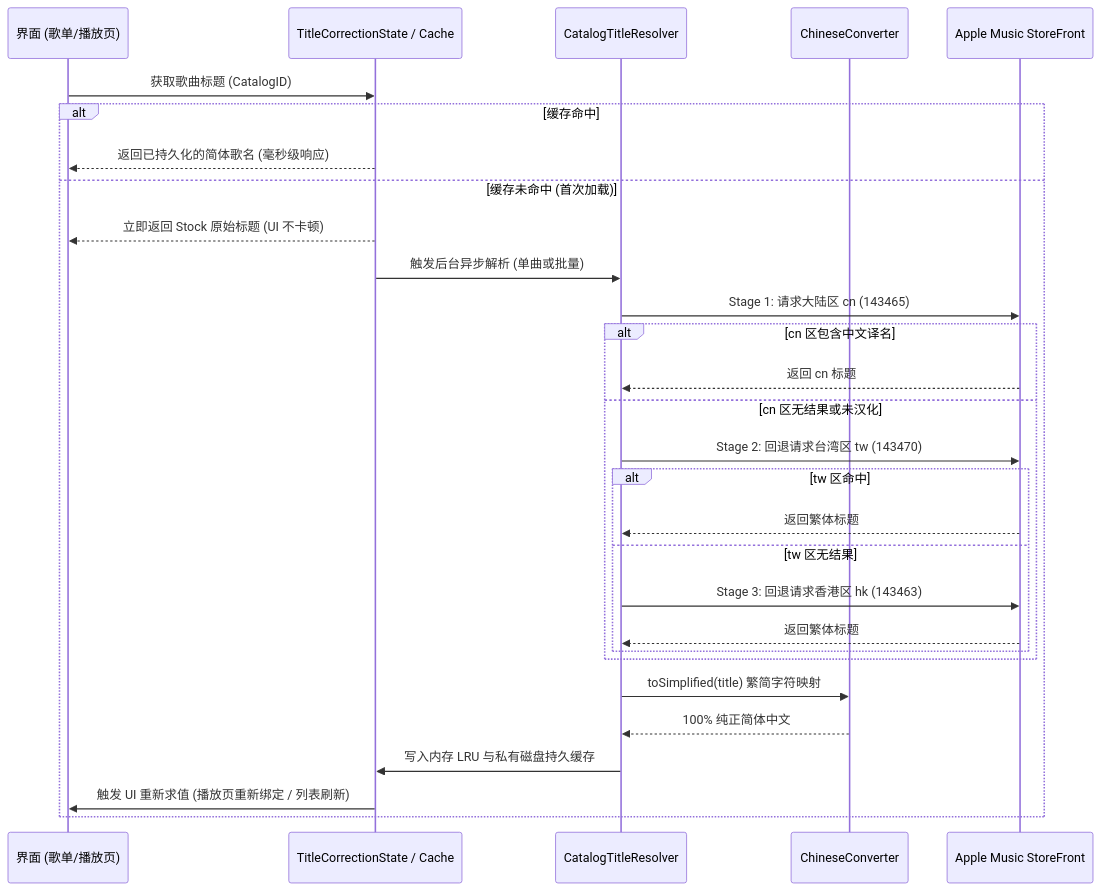
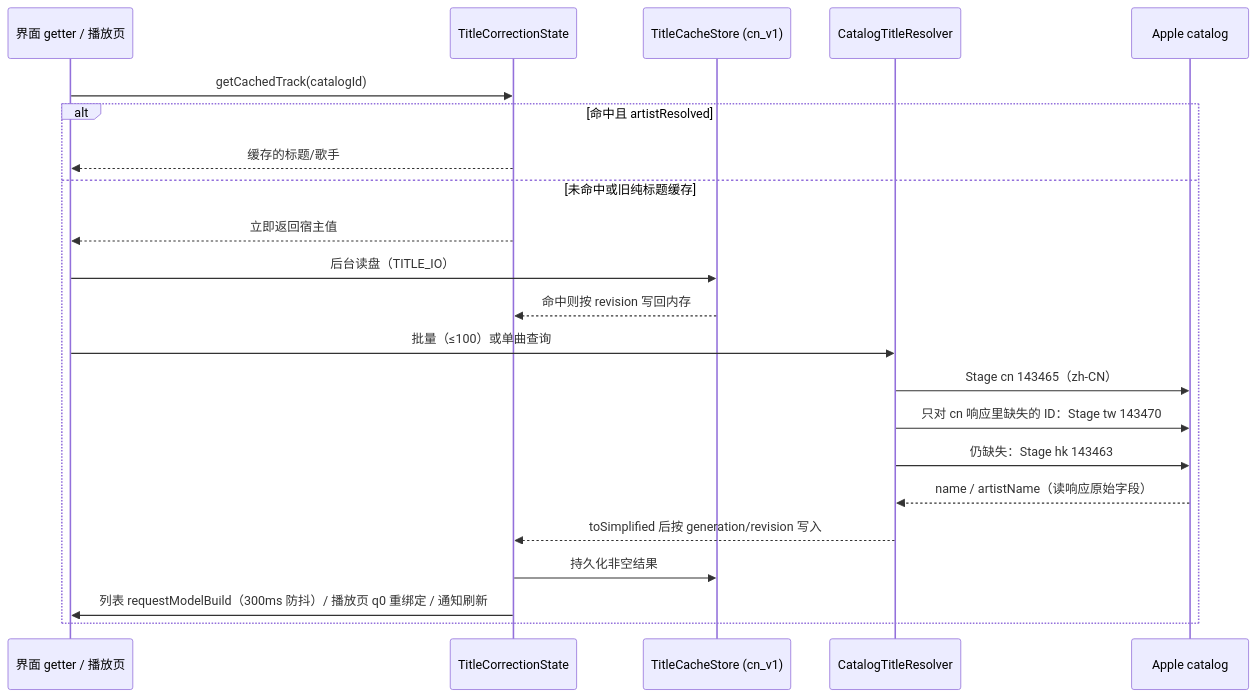
One commit to huang6668/apple-music-vivo-car-lyrics changed the second of 3 diagrams in docs/FUTURE_APK_UPGRADE_GUIDE.zh-CN.md. Above: the diagram before and after it, drawn with Mermaid. The commit also changed other lines of this file and 53 other files, not shown here.

````diff
--- a/docs/FUTURE_APK_UPGRADE_GUIDE.zh-CN.md
+++ b/docs/FUTURE_APK_UPGRADE_GUIDE.zh-CN.md
@@ -168,32 +186,25 @@
 ```mermaid
 sequenceDiagram
-    participant UI as 界面 (歌单/播放页)
-    participant State as TitleCorrectionState / Cache
-    participant Resolver as CatalogTitleResolver
-    participant Converter as ChineseConverter
-    participant AppleAPI as Apple Music StoreFront
+    participant UI as 界面 getter / 播放页
+    participant St as TitleCorrectionState
+    participant Disk as TitleCacheStore (cn_v1)
+    participant R as CatalogTitleResolver
+    participant API as Apple catalog
 
-    UI->>State: 获取歌曲标题 (CatalogID)
-    alt 缓存命中
-        State-->>UI: 返回已持久化的简体歌名 (毫秒级响应)
-    else 缓存未命中 (首次加载)
-        State-->>UI: 立即返回 Stock 原始标题 (UI 不卡顿)
-        State->>Resolver: 触发后台异步解析 (单曲或批量)
-        Resolver->>AppleAPI: Stage 1: 请求大陆区 cn (143465)
-        alt cn 区包含中文译名
-            AppleAPI-->>Resolver: 返回 cn 标题
-        else cn 区无结果或未汉化
-            Resolver->>AppleAPI: Stage 2: 回退请求台湾区 tw (143470)
-            alt tw 区命中
-                AppleAPI-->>Resolver: 返回繁体标题
-            else tw 区无结果
-                Resolver->>AppleAPI: Stage 3: 回退请求香港区 hk (143463)
-                AppleAPI-->>Resolver: 返回繁体标题
-            end
-        end
-        Resolver->>Converter: toSimplified(title) 繁简字符映射
-        Converter-->>Resolver: 100% 纯正简体中文
-        Resolver->>State: 写入内存 LRU 与私有磁盘持久缓存
-        State->>UI: 触发 UI 重新求值 (播放页重新绑定 / 列表刷新)
+    UI->>St: getCachedTrack(catalogId)
+    alt 命中且 artistResolved
+        St-->>UI: 缓存的标题/歌手
+    else 未命中或旧纯标题缓存
+        St-->>UI: 立即返回宿主值
+        UI->>Disk: 后台读盘（TITLE_IO）
+        Disk-->>St: 命中则按 revision 写回内存
+        UI->>R: 批量（≤100）或单曲查询
+        R->>API: Stage cn 143465（zh-CN）
+        R->>API: 只对 cn 响应里缺失的 ID：Stage tw 143470
+        R->>API: 仍缺失：Stage hk 143463
+        API-->>R: name / artistName（读响应原始字段）
+        R-->>St: toSimplified 后按 generation/revision 写入
+        St->>Disk: 持久化非空结果
+        St->>UI: 列表 requestModelBuild（300ms 防抖）/ 播放页 q0 重绑定 / 通知刷新
     end
 ```
````
